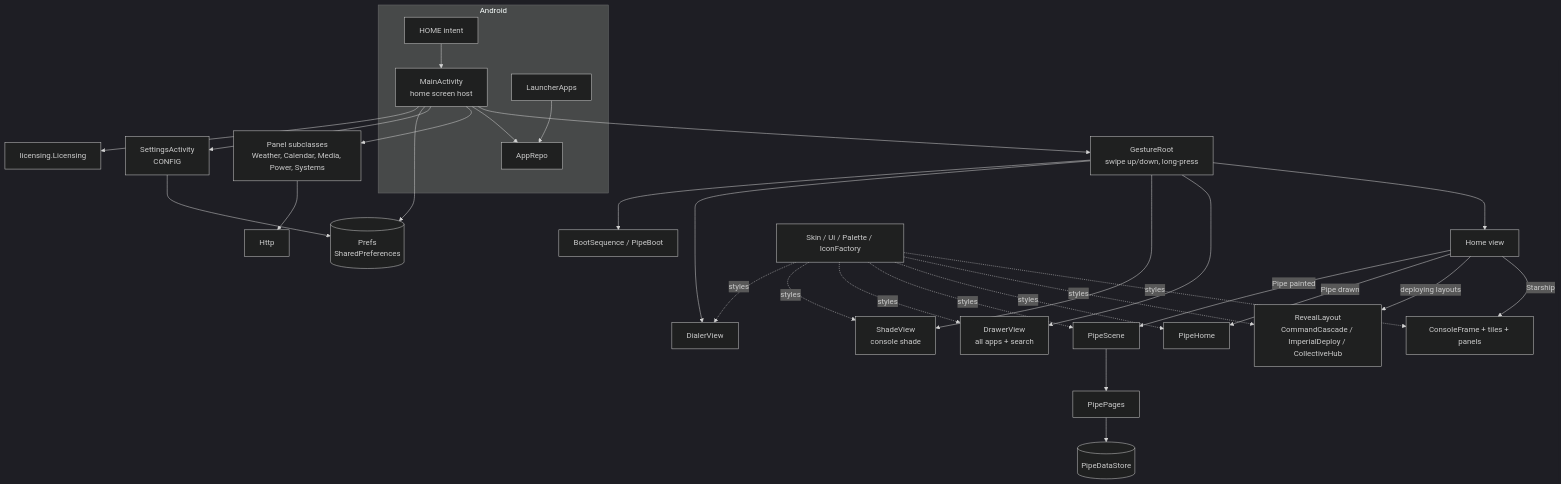
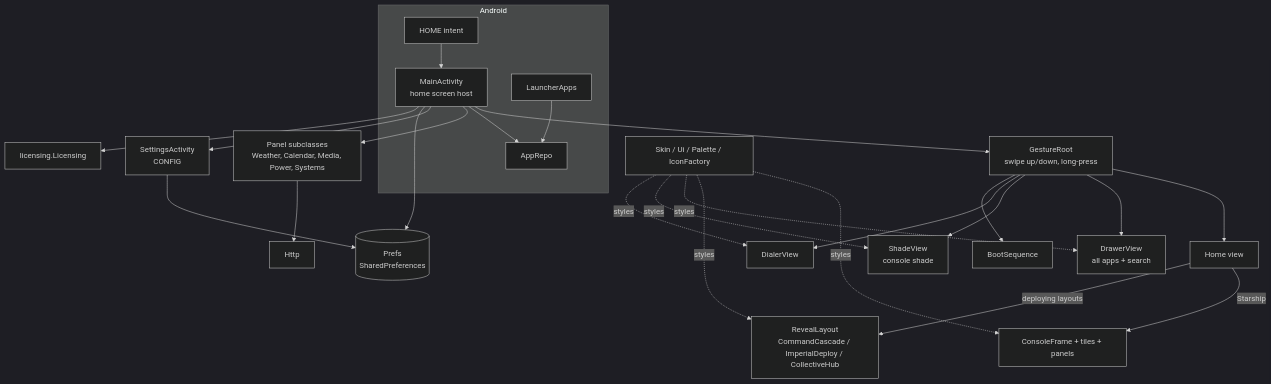
One commit to GunGreenEyes/GunGreenEyes.TrekUI.Kotlin changed the first of 4 diagrams in docs/ARCHITECTURE.md. Above: the diagram before and after it, drawn with Mermaid (dark theme). The commit also changed other lines of this file and 32 other files, not shown here.

First line of the commit message:
Drop the Pipe Lounge from docs, site, store text and art tools (LCA-T58)

````diff
--- a/docs/ARCHITECTURE.md
+++ b/docs/ARCHITECTURE.md
@@ -11,26 +11,23 @@
 ```mermaid
 flowchart TD
     subgraph Android
         HOME[HOME intent] --> MA
         LA[LauncherApps] --> AR
     end
     MA[MainActivity<br/>home screen host] --> GR[GestureRoot<br/>swipe up/down, long-press]
     GR --> HOMEV[Home view]
     GR --> DR[DrawerView<br/>all apps + search]
     GR --> SH[ShadeView<br/>console shade]
     GR --> DI[DialerView]
-    GR --> BOOT[BootSequence / PipeBoot]
+    GR --> BOOT[BootSequence]
     HOMEV -->|Starship| LF[ConsoleFrame + tiles + panels]
     HOMEV -->|deploying layouts| RL[RevealLayout<br/>CommandCascade / ImperialDeploy / CollectiveHub]
-    HOMEV -->|Pipe drawn| PH[PipeHome]
-    HOMEV -->|Pipe painted| PS[PipeScene]
-    PS --> PP[PipePages] --> PDS[(PipeDataStore)]
     MA --> AR[AppRepo] 
     MA --> PANELS[Panel subclasses<br/>Weather, Calendar, Media, Power, Systems]
     MA --> SA[SettingsActivity<br/>CONFIG]
     SA --> PREFS[(Prefs<br/>SharedPreferences)]
     MA --> PREFS
     MA --> LIC[licensing.Licensing]
     PANELS --> HTTP[Http] 
-    SKIN[Skin / Ui / Palette / IconFactory] -.styles.-> LF & RL & PH & PS & DR & SH & DI
+    SKIN[Skin / Ui / Palette / IconFactory] -.styles.-> LF & RL & DR & SH & DI
 ```
````
